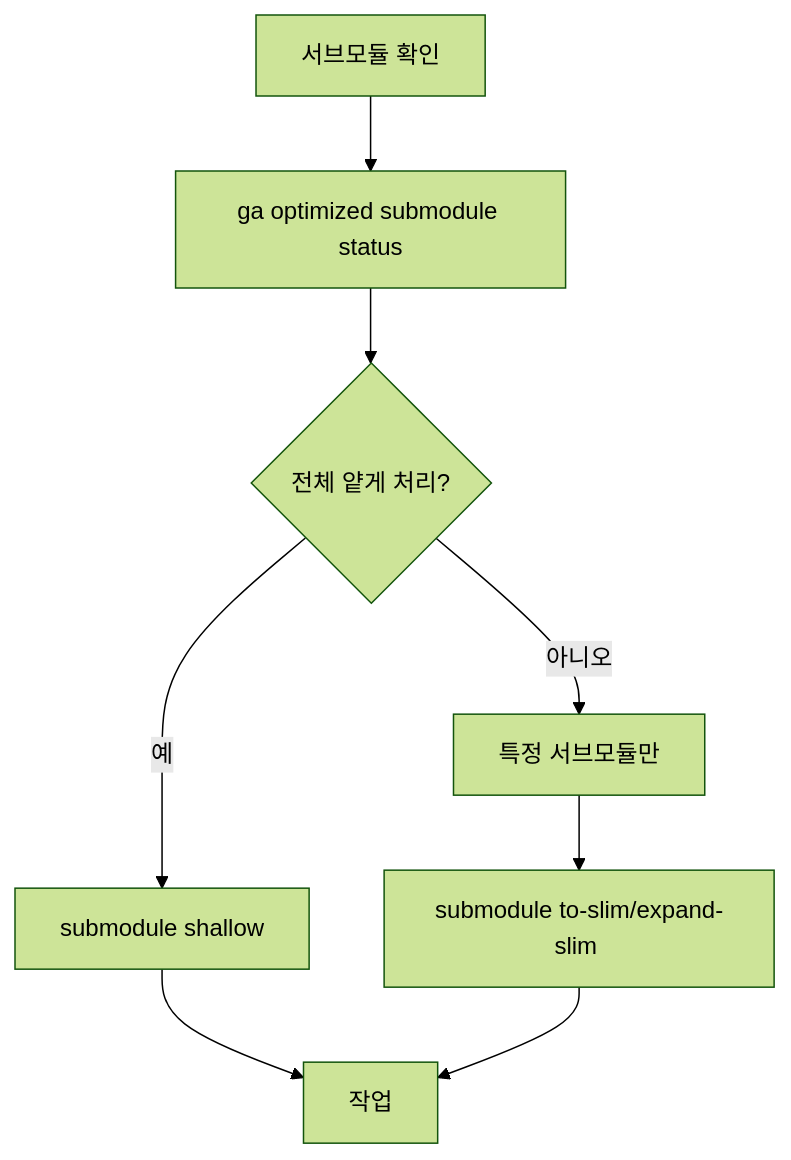
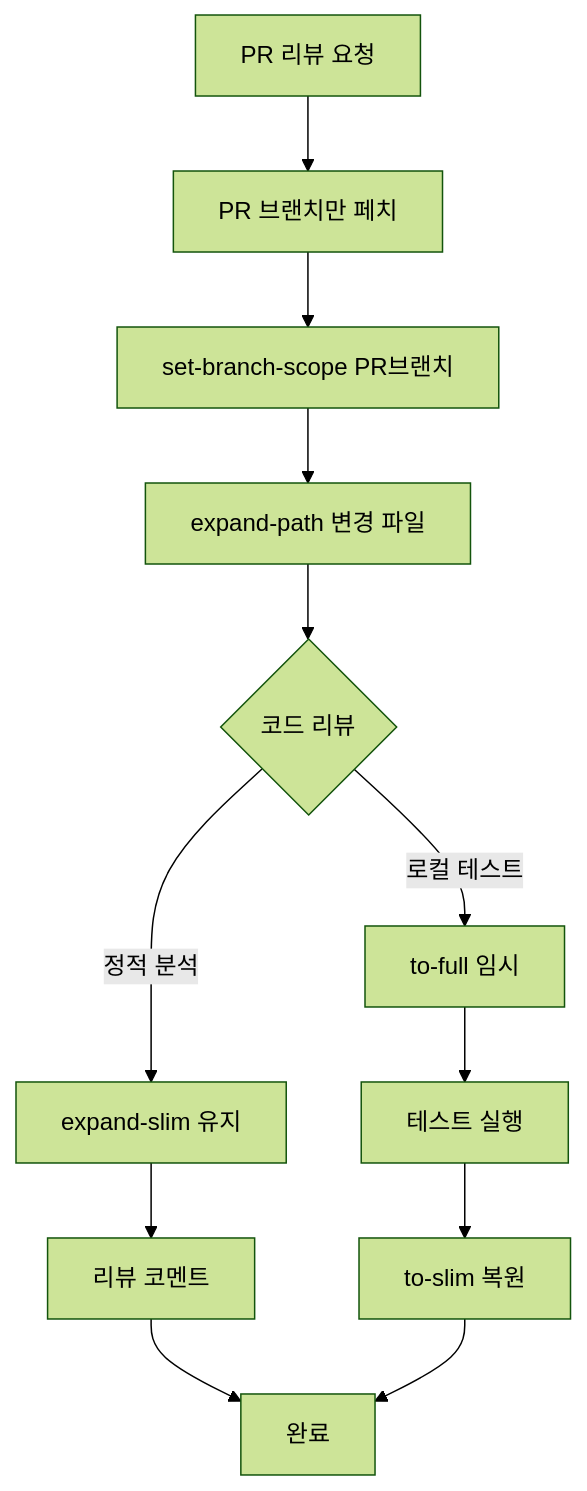
Before and after one commit to yoonhwan-neowiz/homebrew-workingcli: the seventh of 10 diagrams in GIT.WORK.md, drawn with Mermaid (forest theme). The commit also changed other lines of this file and 1 other file, not shown here.

First line of the commit message:
docs: Git 최적화 가이드 2.0 업데이트 및 shallow 명령어 도움말 수정

````diff
--- a/GIT.WORK.md
+++ b/GIT.WORK.md
@@ -196,10 +272,14 @@
 ```mermaid
 flowchart TD
-  A[서브모듈 확인] --> B[ga optimized submodule status]
-  B --> C{전체 얕게 처리?}
-  C -- 예 --> D[submodule shallow]
-  C -- 아니오 --> E[특정 서브모듈만]
-  E --> F[submodule to-slim/expand-slim <name>]
-  D --> G[작업]
-  F --> G
+  A[PR 리뷰 요청] --> B[PR 브랜치만 페치]
+  B --> C[set-branch-scope PR브랜치]
+  C --> D[expand-path 변경 파일]
+  D --> E{코드 리뷰}
+  E -->|로컬 테스트| F[to-full 임시]
+  E -->|정적 분석| G[expand-slim 유지]
+  F --> H[테스트 실행]
+  G --> I[리뷰 코멘트]
+  H --> J[to-slim 복원]
+  I --> K[완료]
+  J --> K
 ```
````
